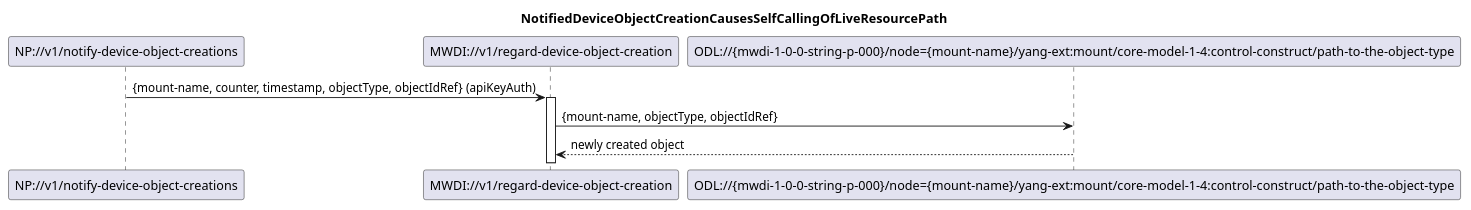
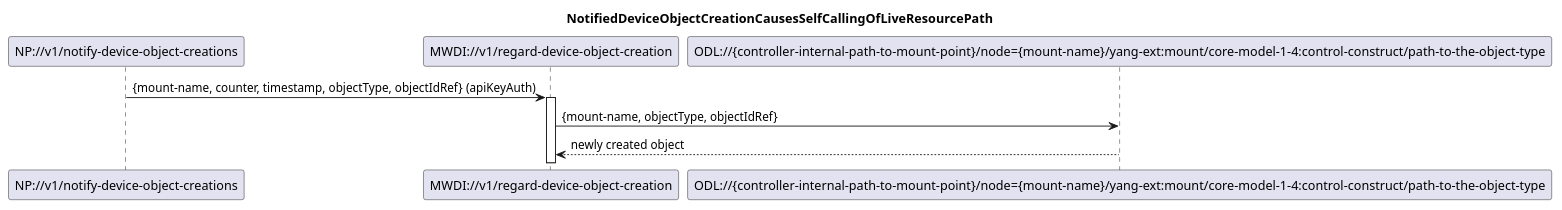
Before and after one commit to openBackhaul/MicroWaveDeviceInventory: the diagram in spec/diagrams/024_NotificationBasedObjectCreation.plantuml, drawn with PlantUML. The commit also changed 3 other files, not shown here.

Commit message:
Review ForwardingList after merge of #301 branch Fixes #311 update diagrams

```diff
--- a/spec/diagrams/024_NotificationBasedObjectCreation.plantuml
+++ b/spec/diagrams/024_NotificationBasedObjectCreation.plantuml
@@ -1,16 +1,16 @@
 @startuml 024_NotificationBasedObjectCreation
 skinparam responseMessageBelowArrow true
 
 title NotifiedDeviceObjectCreationCausesSelfCallingOfLiveResourcePath
 
 participant "NP://v1/notify-device-object-creations" as subscription
 participant "MWDI://v1/regard-device-object-creation" as regardObjectCreation
-participant "ODL://{mwdi-1-0-0-string-p-000}/node={mount-name}/yang-ext:mount/core-model-1-4:control-construct/path-to-the-object-type" as odlCreatedObject
+participant "ODL://{controller-internal-path-to-mount-point}/node={mount-name}/yang-ext:mount/core-model-1-4:control-construct/path-to-the-object-type" as odlCreatedObject
 
 subscription -> regardObjectCreation: {mount-name, counter, timestamp, objectType, objectIdRef} (apiKeyAuth)
 activate regardObjectCreation
 
 regardObjectCreation -> odlCreatedObject: {mount-name, objectType, objectIdRef}
 odlCreatedObject --> regardObjectCreation: newly created object
 
 @enduml
```
